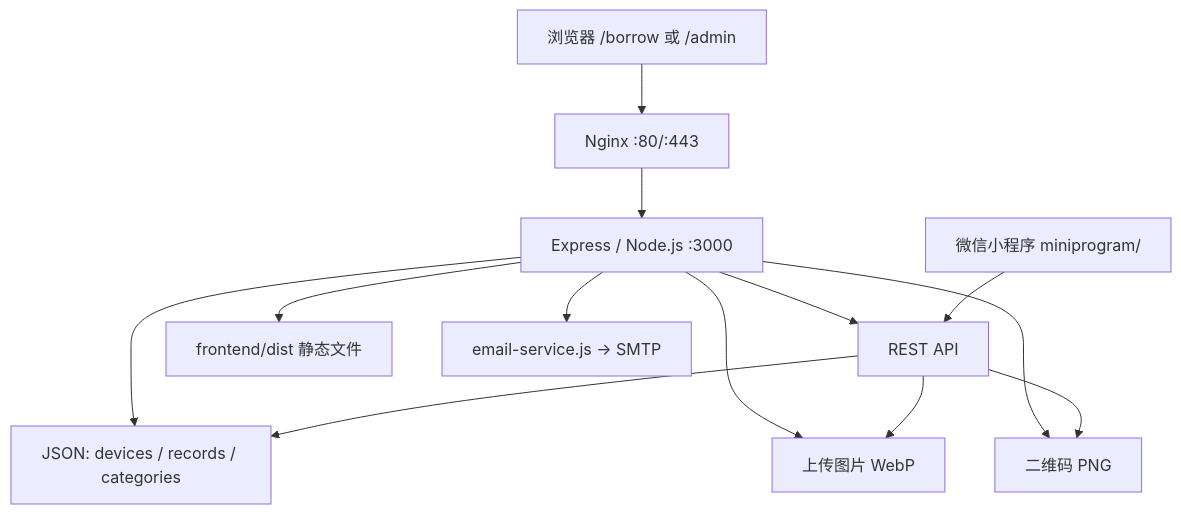
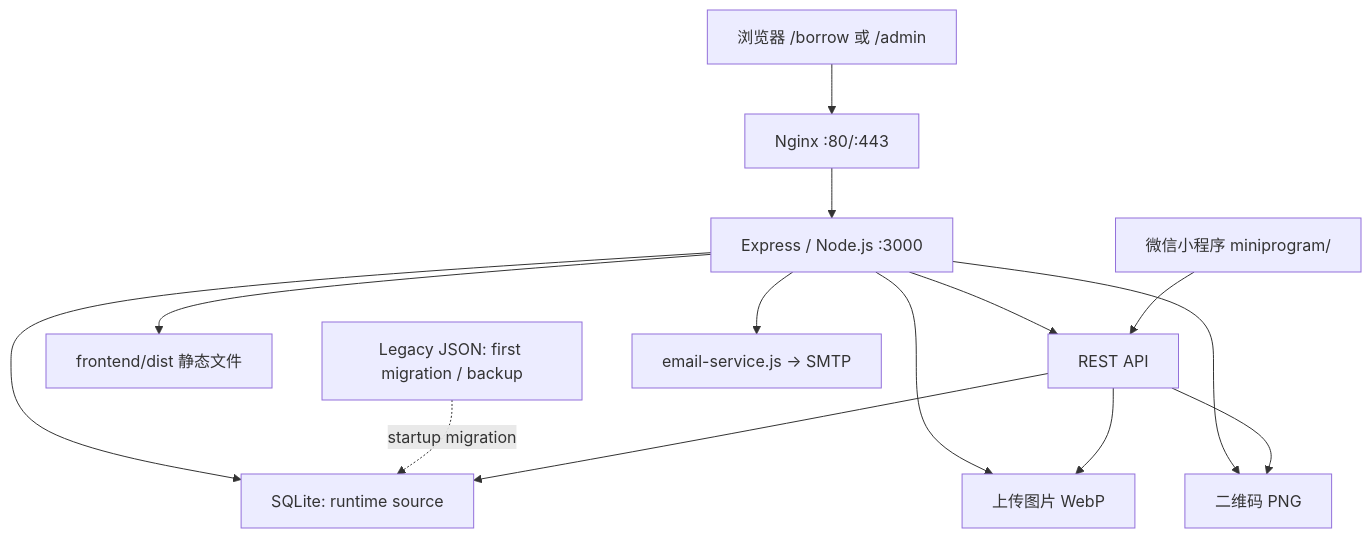
One commit to l0x0hhh/cyb3r changed the diagram in docs/CODE_STRUCTURE.md. Above: the diagram before and after it, drawn with Mermaid. The commit also changed other lines of this file and 33 other files, not shown here.

Commit message:
feat: add answers book, email summaries, and sqlite runtime

````diff
--- a/docs/CODE_STRUCTURE.md
+++ b/docs/CODE_STRUCTURE.md
@@ -26,15 +29,16 @@
 ```mermaid
 flowchart TD
   B["浏览器 /borrow 或 /admin"] --> N["Nginx :80/:443"]
   N --> E["Express / Node.js :3000"]
   E --> API["REST API"]
   E --> FE["frontend/dist 静态文件"]
-  E --> DATA["JSON: devices / records / categories"]
+  E --> DATA["SQLite: runtime source"]
+  JSON["Legacy JSON: first migration / backup"] -. startup migration .-> DATA
   E --> UP["上传图片 WebP"]
   E --> QR["二维码 PNG"]
   E --> MAIL["email-service.js -> SMTP"]
   API --> DATA
   API --> UP
   API --> QR
   MP["微信小程序 miniprogram/"] --> API
 ```
````
